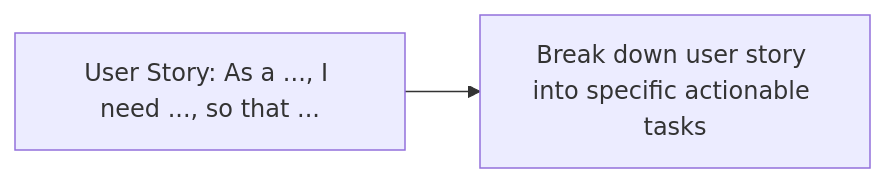
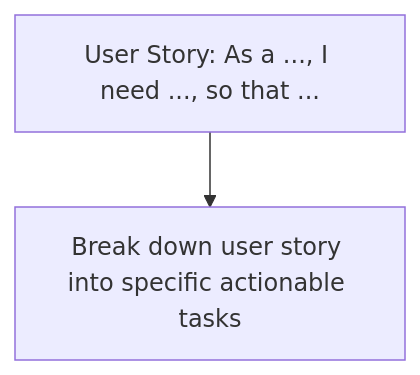
One commit to KaungSithuLinn/cp3405 changed the second of 2 diagrams in README.md. Above: the diagram before and after it, drawn with Mermaid.

Commit message:
change flowchart direction

````diff
--- a/README.md
+++ b/README.md
@@ -59,7 +59,7 @@
 ```mermaid
-flowchart LR
+flowchart TD
     ProductBacklog[User Story: As a ..., I need ..., so that ...]
     SprintBacklog[Break down user story into specific actionable tasks]
 
     ProductBacklog --> SprintBacklog
 ```
````
